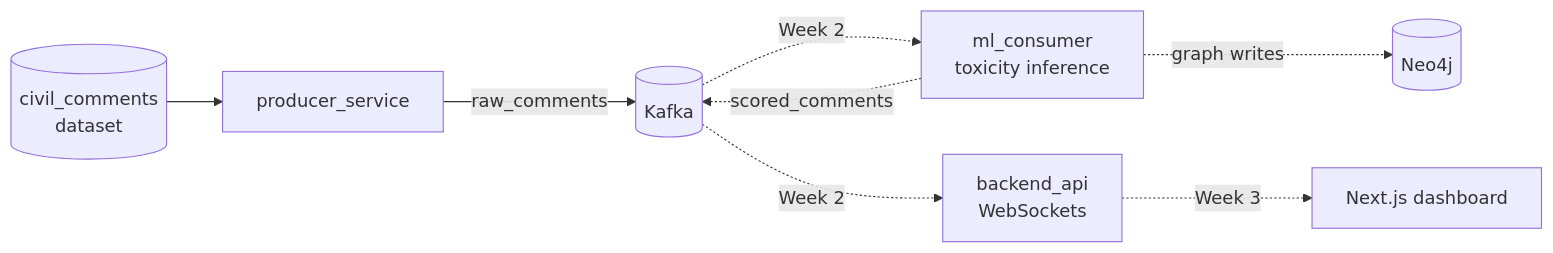
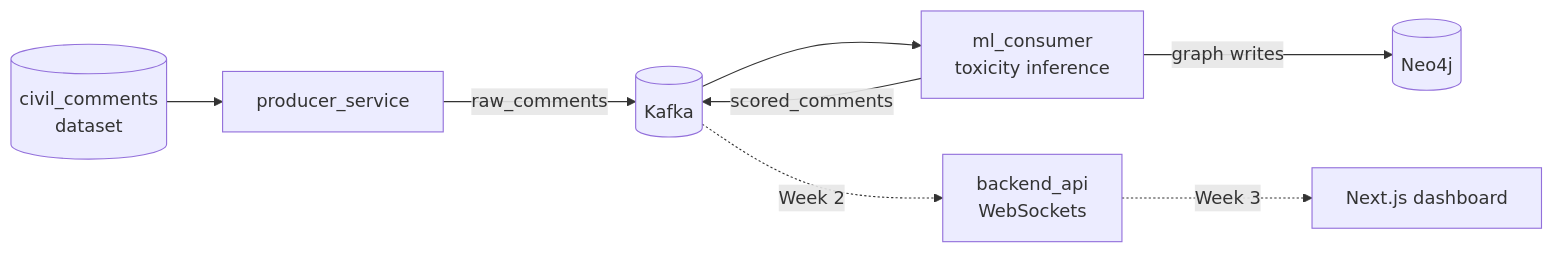
One commit to mj-weshh/realtime-moderation-engine changed the diagram in docs/index.md. Above: the diagram before and after it, drawn with Mermaid. The commit also changed other lines of this file and 6 other files, not shown here.

Commit message:
docs: document ML consumer Kafka integration and inference pipeline

````diff
--- a/docs/index.md
+++ b/docs/index.md
@@ -10,10 +19,19 @@
 ```mermaid
+
 flowchart LR
+
     dataset[("civil_comments<br/>dataset")] --> producer[producer_service]
+
     producer -- "raw_comments" --> kafka[(Kafka)]
-    kafka -. "Week 2" .-> consumer[ml_consumer<br/>toxicity inference]
-    consumer -. "graph writes" .-> neo4j[(Neo4j)]
-    consumer -. "scored_comments" .-> kafka
+
+    kafka --> consumer[ml_consumer<br/>toxicity inference]
+
+    consumer -- "graph writes" --> neo4j[(Neo4j)]
+
+    consumer -- "scored_comments" --> kafka
+
     kafka -. "Week 2" .-> ws[backend_api<br/>WebSockets]
+
     ws -. "Week 3" .-> ui[Next.js dashboard]
+
 ```
````
